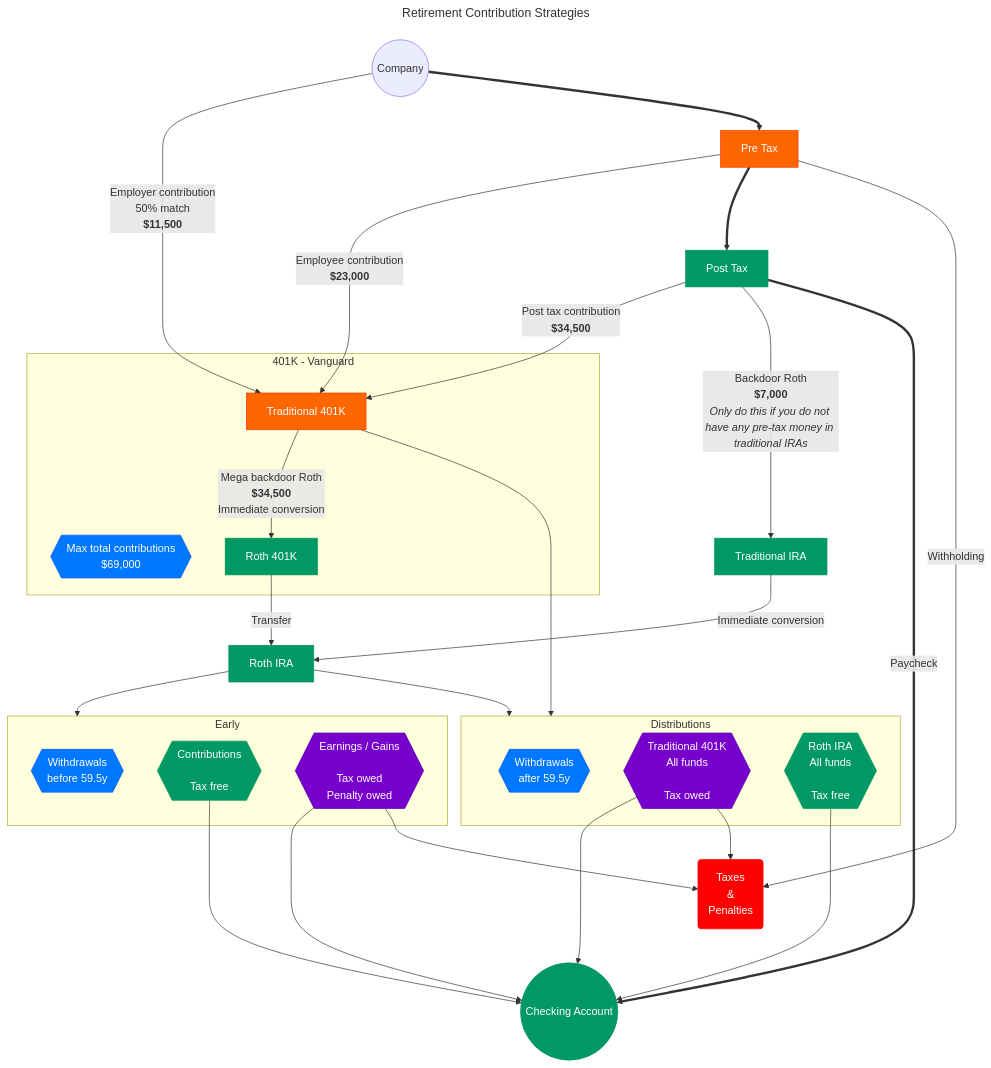
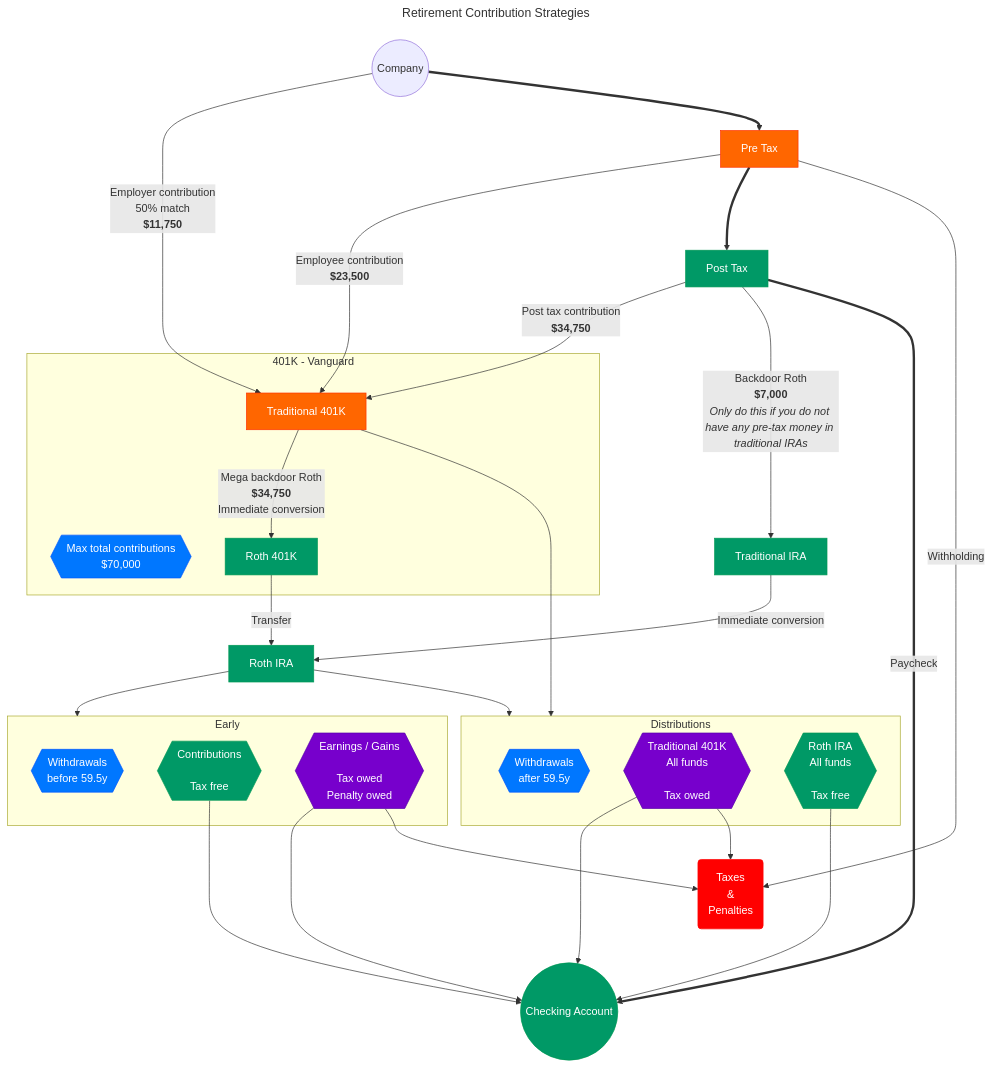
The diagram in retirement.md (kramercat/finance), drawn with Mermaid before and after one commit. The commit also changed other lines of this file, not shown here.

````diff
--- a/retirement.md
+++ b/retirement.md
@@ -40,68 +40,68 @@
 ```mermaid
 ---
 title: Retirement Contribution Strategies
 ---
 flowchart TD
 
 %% Definitions
 Company((Company))
 
 pretax[Pre Tax]:::orange
 posttax[Post Tax]:::green
 checking((Checking Account)):::green
 taxes(Taxes<br/>&<br/>Penalties<br/>):::red
 ira-trad[Traditional IRA]:::green
 ira-roth[Roth IRA]:::green
 
 subgraph 401K - Vanguard
-  401k-info{{Max total contributions<br/>$69,000}}:::blue
+  401k-info{{Max total contributions<br/>$70,000}}:::blue
   401k-trad[Traditional 401K]:::orange
   401k-roth[Roth 401K]:::green
 end
 
 %% Arrows / Flows
-Company --Employer contribution<br/>50% match<br/><b>$11,500</b>--> 401k-trad
+Company --Employer contribution<br/>50% match<br/><b>$11,750</b>--> 401k-trad
 Company ==> pretax
-pretax --Employee contribution<br/><b>$23,000</b>--> 401k-trad
+pretax --Employee contribution<br/><b>$23,500</b>--> 401k-trad
 pretax ==> posttax
 
-posttax --Post tax contribution<br/><b>$34,500</b><br/>--> 401k-trad
-401k-trad --Mega backdoor Roth<br/><b>$34,500</b><br/>Immediate conversion-->401k-roth
+posttax --Post tax contribution<br/><b>$34,750</b><br/>--> 401k-trad
+401k-trad --Mega backdoor Roth<br/><b>$34,750</b><br/>Immediate conversion-->401k-roth
 
 401k-roth --Transfer--> ira-roth
 posttax --Backdoor Roth<br/><b>$7,000</b><br/><i>Only do this if you do not have any pre-tax money in traditional IRAs</i>--> ira-trad 
 ira-trad --Immediate conversion--> ira-roth
 
 subgraph Early
    age-early{{Withdrawals<br/>before 59.5y}}:::blue
    withdraw-early-contributions{{Contributions<br/><br/>Tax free}}:::green
    withdraw-early-earnings{{Earnings / Gains<br/><br/>Tax owed<br/>Penalty owed}}:::purple
 end
 
 subgraph Distributions
    age-retired{{Withdrawals<br/>after 59.5y}}:::blue
    withdraw-401k{{Traditional 401K<br/>All funds<br/><br/>Tax owed}}:::purple
    withdraw-roth{{Roth IRA<br/>All funds<br/><br/>Tax free}}:::green
 end
 
 ira-roth --> Early
 withdraw-early-contributions ---> checking
 withdraw-early-earnings --> checking & taxes
 
 401k-trad --> Distributions
 withdraw-401k --> checking
 withdraw-401k --> taxes
 ira-roth --> Distributions
 withdraw-roth --> checking
 
 posttax ==Paycheck==> checking
 pretax --Withholding--> taxes
 
 %% Styling
 
 classDef purple fill:#7700cc,stroke:#5500aa,color:#ffffff
 classDef red fill:#ff0000,stroke:#ff0000,color:#ffffff
 classDef orange fill:#ff6600,stroke:#ff3300,color:#ffffff
 classDef green fill:#009966,stroke:#009955,color:#ffffff
 classDef blue fill:#0077ff,stroke:#0055ff,color:#ffffff
 ```
````
